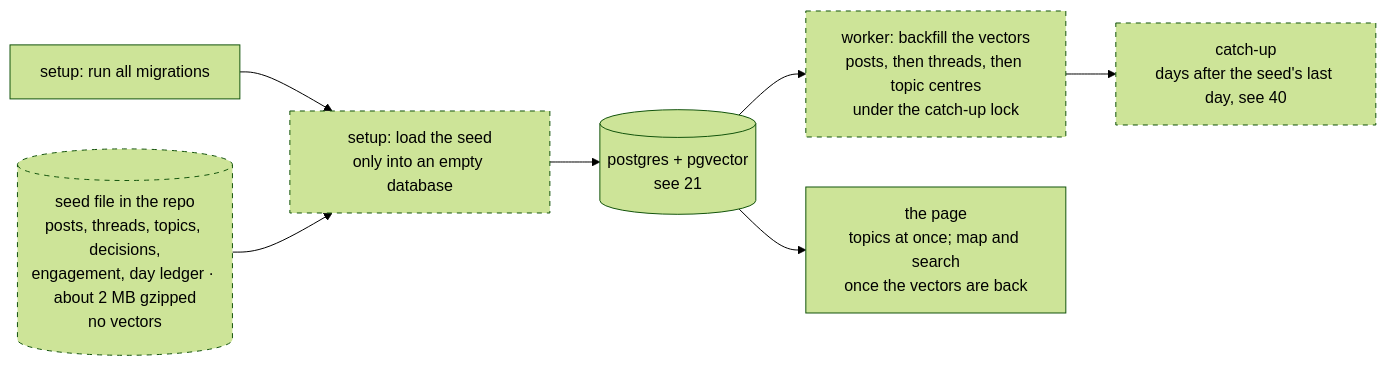
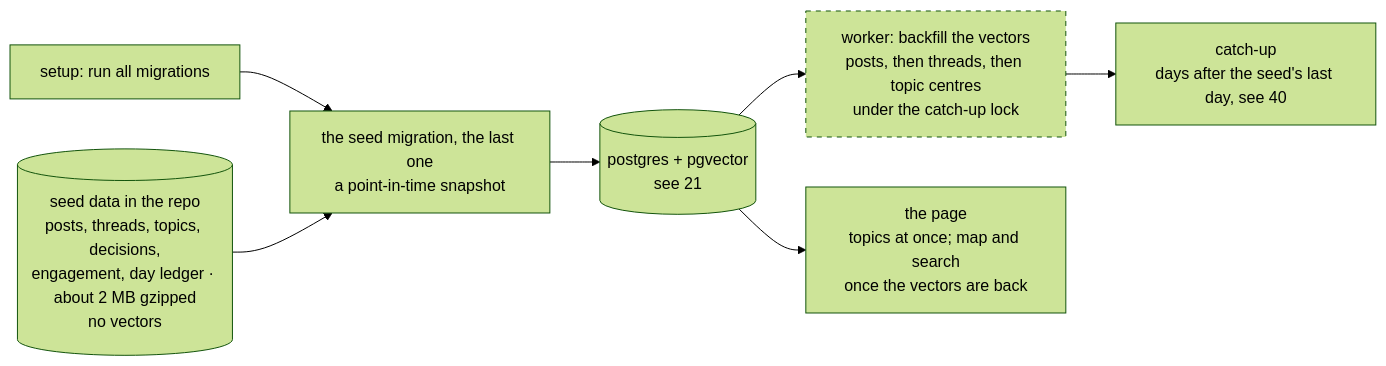
One commit to brianaderer/transcendent changed the diagram in docs/atlas/07-boot-data.md. Above: the diagram before and after it, drawn with Mermaid (forest theme). The commit also changed other lines of this file and 4 other files, not shown here.

Commit message:
Atlas: OPEN-35 and 36 resolved: the seed is one migration written last, a point-in-time snapshot, and the app stays live after it; 06 gains step 7; OPEN-37 left open

````diff
--- a/docs/atlas/07-boot-data.md
+++ b/docs/atlas/07-boot-data.md
@@ -20,19 +26,19 @@
 ```mermaid
 flowchart LR
-    SEEDFILE[("seed file in the repo<br/>posts, threads, topics, decisions,<br/>engagement, day ledger · about 2 MB gzipped<br/>no vectors")]
+    SEEDFILE[("seed data in the repo<br/>posts, threads, topics, decisions,<br/>engagement, day ledger · about 2 MB gzipped<br/>no vectors")]
     MIG["setup: run all migrations"]
-    LOAD["setup: load the seed<br/>only into an empty database"]
+    LOAD["the seed migration, the last one<br/>a point-in-time snapshot"]
     PG[("postgres + pgvector<br/>see 21")]
     FILL["worker: backfill the vectors<br/>posts, then threads, then topic centres<br/>under the catch-up lock"]
     CU["catch-up<br/>days after the seed's last day, see 40"]
     PAGE["the page<br/>topics at once; map and search<br/>once the vectors are back"]
 
     MIG --> LOAD
     SEEDFILE --> LOAD
     LOAD --> PG
     PG --> FILL
     FILL --> CU
     PG --> PAGE
     classDef open stroke-dasharray: 5 5
-    class SEEDFILE,LOAD,FILL,CU open
+    class FILL open
 ```
````
